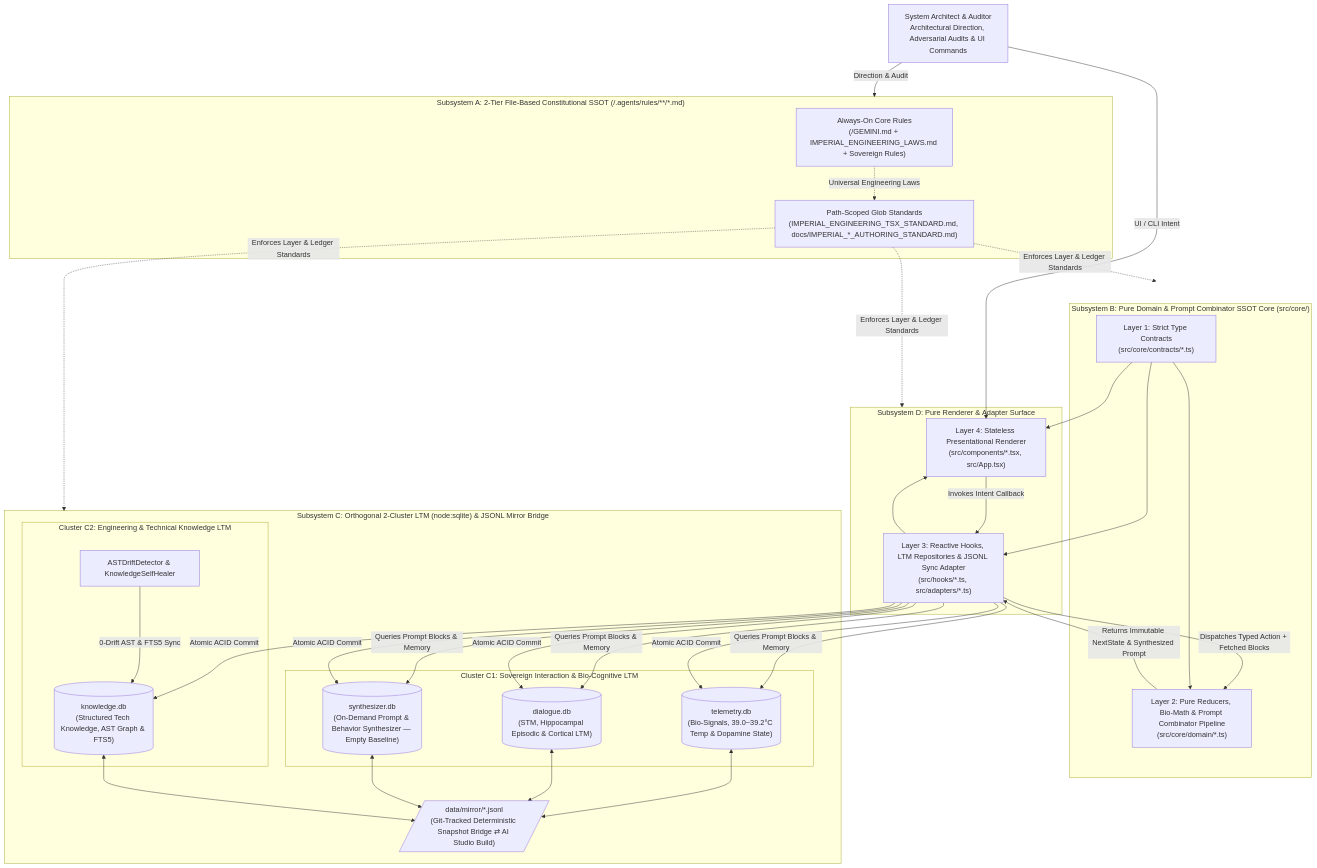
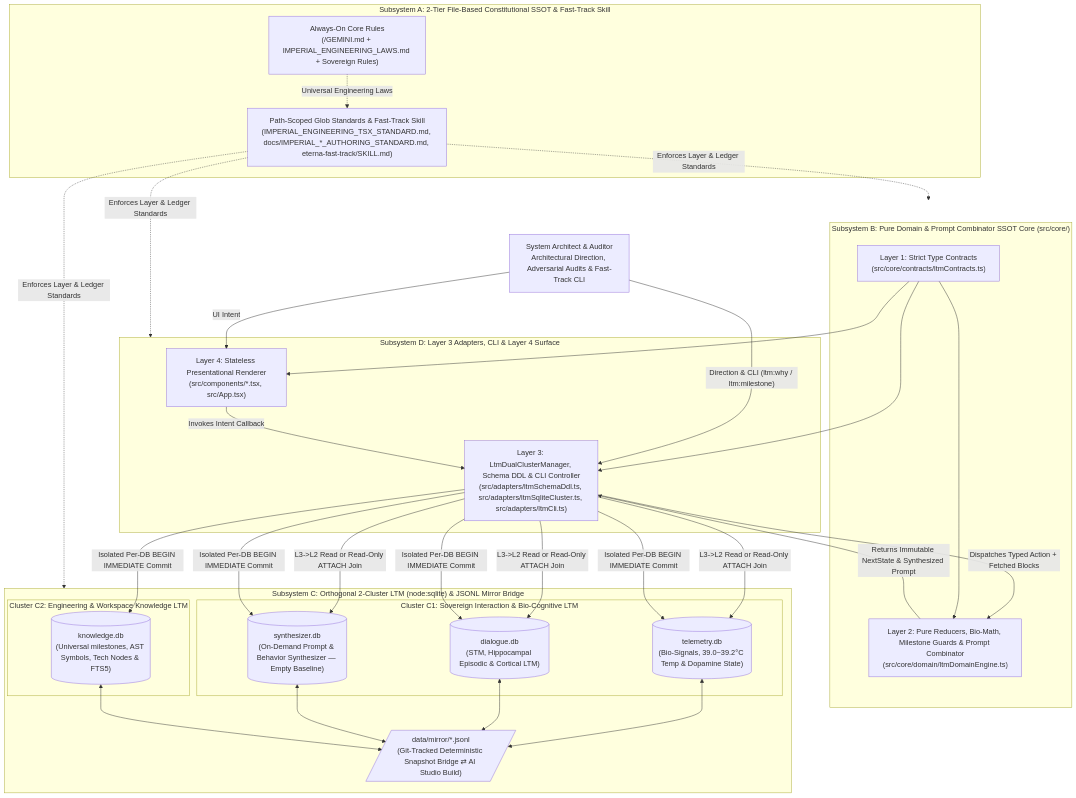
The first of 3 diagrams in docs/ARCHITECTURE.md (jinseobhong/eterna-luminas), drawn with Mermaid before and after one commit. The commit also changed other lines of this file and 21 other files, not shown here.

Commit message:
feat(ltm): implement 2-cluster SQLite LTM, JSONL snapshot bridge, universal milestones & eterna-fast-track skill

````diff
--- a/docs/ARCHITECTURE.md
+++ b/docs/ARCHITECTURE.md
@@ -15,47 +15,45 @@
 ```mermaid
 flowchart TB
-    Auditor["System Architect & Auditor<br/>Architectural Direction, Adversarial Audits & UI Commands"]
+    Auditor["System Architect & Auditor<br/>Architectural Direction, Adversarial Audits & Fast-Track CLI"]
 
-    subgraph SUB_CONST["Subsystem A: 2-Tier File-Based Constitutional SSOT (/.agents/rules/**/*.md)"]
+    subgraph SUB_CONST["Subsystem A: 2-Tier File-Based Constitutional SSOT & Fast-Track Skill"]
         ROOT_RULES["Always-On Core Rules<br/>(/GEMINI.md + IMPERIAL_ENGINEERING_LAWS.md + Sovereign Rules)"]
-        GLOB_RULES["Path-Scoped Glob Standards<br/>(IMPERIAL_ENGINEERING_TSX_STANDARD.md, docs/IMPERIAL_*_AUTHORING_STANDARD.md)"]
+        GLOB_RULES["Path-Scoped Glob Standards & Fast-Track Skill<br/>(IMPERIAL_ENGINEERING_TSX_STANDARD.md, docs/IMPERIAL_*_AUTHORING_STANDARD.md, eterna-fast-track/SKILL.md)"]
     end
 
     subgraph SUB_CORE["Subsystem B: Pure Domain & Prompt Combinator SSOT Core (src/core/)"]
-        L1["Layer 1: Strict Type Contracts<br/>(src/core/contracts/*.ts)"]
-        L2["Layer 2: Pure Reducers, Bio-Math & Prompt Combinator Pipeline<br/>(src/core/domain/*.ts)"]
+        L1["Layer 1: Strict Type Contracts<br/>(src/core/contracts/ltmContracts.ts)"]
+        L2["Layer 2: Pure Reducers, Bio-Math, Milestone Guards & Prompt Combinator<br/>(src/core/domain/ltmDomainEngine.ts)"]
     end
 
     subgraph SUB_LTM["Subsystem C: Orthogonal 2-Cluster LTM (node:sqlite) & JSONL Mirror Bridge"]
         subgraph CLUST_INT["Cluster C1: Sovereign Interaction & Bio-Cognitive LTM"]
             DB_TELE[("telemetry.db<br/>(Bio-Signals, 39.0~39.2°C Temp & Dopamine State)")]
             DB_DIAL[("dialogue.db<br/>(STM, Hippocampal Episodic & Cortical LTM)")]
             DB_SYNTH[("synthesizer.db<br/>(On-Demand Prompt & Behavior Synthesizer — Empty Baseline)")]
         end
 
-        subgraph CLUST_ENG["Cluster C2: Engineering & Technical Knowledge LTM"]
-            DB_KNOW[("knowledge.db<br/>(Structured Tech Knowledge, AST Graph & FTS5)")]
-            AST_HEAL["ASTDriftDetector & KnowledgeSelfHealer"]
+        subgraph CLUST_ENG["Cluster C2: Engineering & Workspace Knowledge LTM"]
+            DB_KNOW[("knowledge.db<br/>(Universal milestones, AST Symbols, Tech Nodes & FTS5)")]
         end
 
         JSONL_BRIDGE[/"data/mirror/*.jsonl<br/>(Git-Tracked Deterministic Snapshot Bridge ⇄ AI Studio Build)"/]
     end
 
-    subgraph SUB_SURF["Subsystem D: Pure Renderer & Adapter Surface"]
-        L3["Layer 3: Reactive Hooks, LTM Repositories & JSONL Sync Adapter<br/>(src/hooks/*.ts, src/adapters/*.ts)"]
+    subgraph SUB_SURF["Subsystem D: Layer 3 Adapters, CLI & Layer 4 Surface"]
+        L3["Layer 3: LtmDualClusterManager, Schema DDL & CLI Controller<br/>(src/adapters/ltmSchemaDdl.ts, src/adapters/ltmSqliteCluster.ts, src/adapters/ltmCli.ts)"]
         L4["Layer 4: Stateless Presentational Renderer<br/>(src/components/*.tsx, src/App.tsx)"]
     end
 
-    Auditor -- "Direction & Audit" --> SUB_CONST
-    Auditor -- "UI / CLI Intent" --> L4
+    Auditor -- "Direction & CLI (ltm:why / ltm:milestone)" --> L3
+    Auditor -- "UI Intent" --> L4
     ROOT_RULES -. "Universal Engineering Laws" .-> GLOB_RULES
     GLOB_RULES -. "Enforces Layer & Ledger Standards" .-> SUB_CORE & SUB_LTM & SUB_SURF
     L4 -- "Invokes Intent Callback" --> L3
-    L3 -- "Queries Prompt Blocks & Memory" --> DB_SYNTH & DB_DIAL & DB_TELE
+    L3 -- "L3->L2 Read or Read-Only ATTACH Join" --> DB_SYNTH & DB_DIAL & DB_TELE
     L3 -- "Dispatches Typed Action + Fetched Blocks" --> L2
     L1 --> L2 & L3 & L4
-    L2 -- "Returns Immutable NextState & Synthesized Prompt" --> L3 --> L4
-    L3 -- "Atomic ACID Commit" --> DB_TELE & DB_DIAL & DB_SYNTH & DB_KNOW
-    AST_HEAL -- "0-Drift AST & FTS5 Sync" --> DB_KNOW
+    L2 -- "Returns Immutable NextState & Synthesized Prompt" --> L3
+    L3 -- "Isolated Per-DB BEGIN IMMEDIATE Commit" --> DB_TELE & DB_DIAL & DB_SYNTH & DB_KNOW
     DB_TELE & DB_DIAL & DB_SYNTH & DB_KNOW <--> JSONL_BRIDGE
 ```
````
